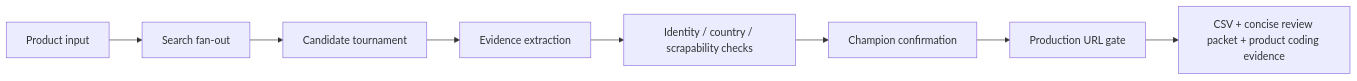
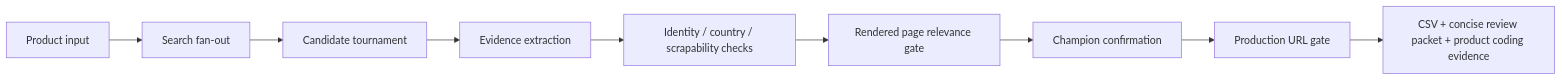
One commit to Akilankm/web_search_tool changed the second of 2 diagrams in docs/README.md. Above: the diagram before and after it, drawn with Mermaid. The commit also changed other lines of this file, not shown here.

````diff
--- a/docs/README.md
+++ b/docs/README.md
@@ -48,10 +53,11 @@
 ```mermaid
 flowchart LR
     A[Product input] --> B[Search fan-out]
     B --> C[Candidate tournament]
     C --> D[Evidence extraction]
     D --> E[Identity / country / scrapability checks]
-    E --> F[Champion confirmation]
+    E --> R[Rendered page relevance gate]
+    R --> F[Champion confirmation]
     F --> G[Production URL gate]
     G --> H[CSV + concise review packet + product coding evidence]
 ```
````
